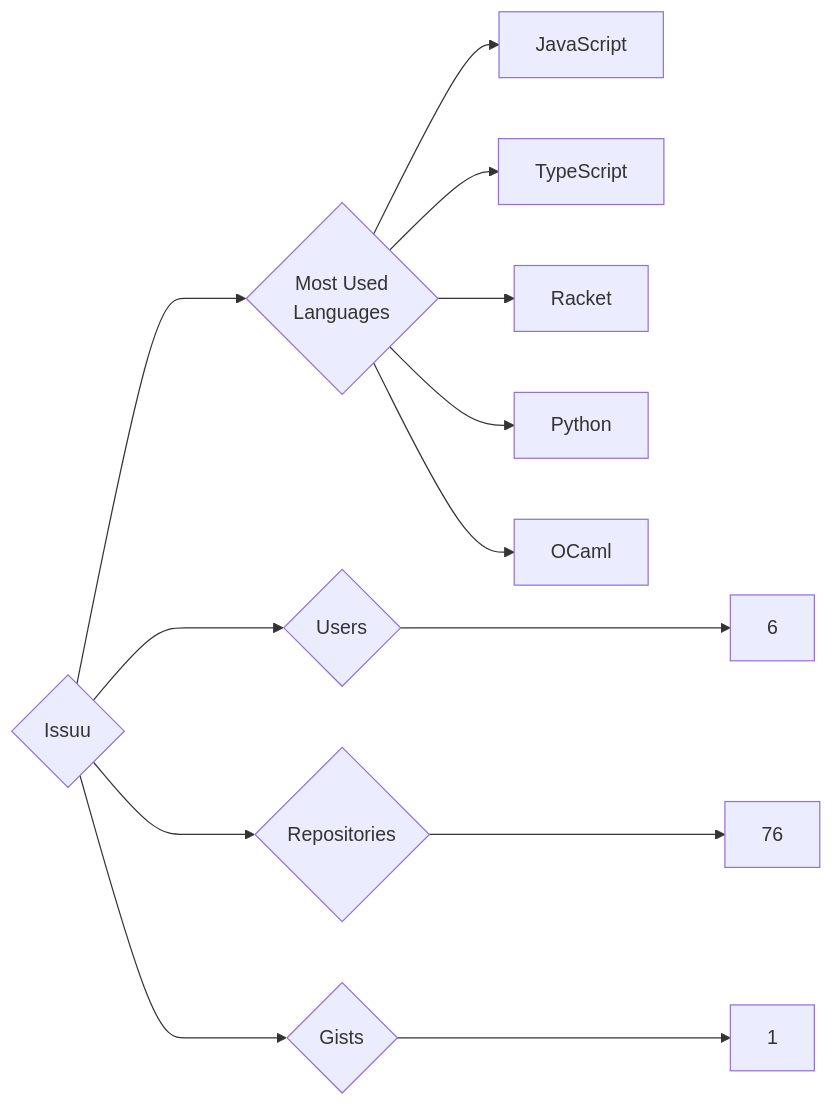
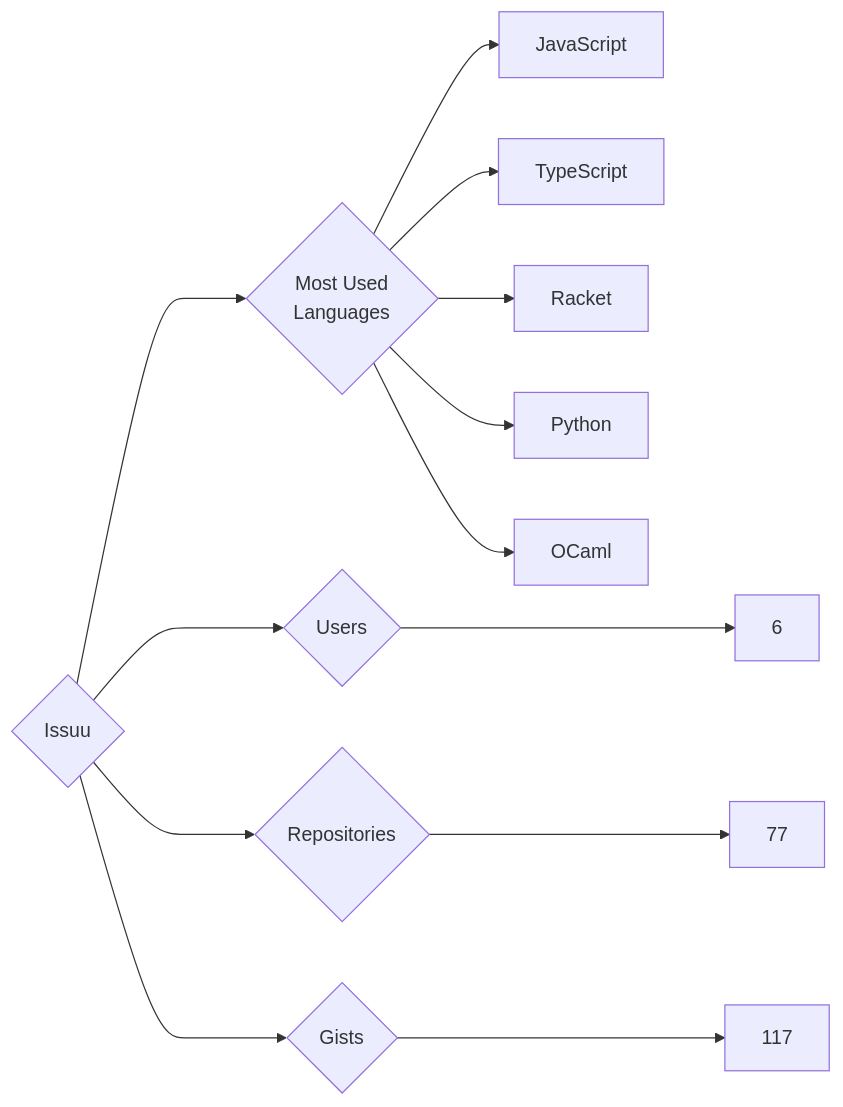
One commit to trickest/insiders changed the diagram in targets/Issuu/README.md. Above: the diagram before and after it, drawn with Mermaid. The commit also changed 873 other files, not shown here.

````diff
--- a/targets/Issuu/README.md
+++ b/targets/Issuu/README.md
@@ -3,13 +3,13 @@
 ```mermaid
 graph LR
 COMPANY_NAME{Issuu}
 COMPANY_NAME ---> U{Users} ---> UN[6]
-COMPANY_NAME ---> R{Repositories} ---> RN[76]
-COMPANY_NAME ---> G{Gists} ---> GN[1]
+COMPANY_NAME ---> R{Repositories} ---> RN[77]
+COMPANY_NAME ---> G{Gists} ---> GN[117]
 COMPANY_NAME ---> ML{Most Used<br>Languages}
 ML --> JavaScript[JavaScript]
 ML --> TypeScript[TypeScript]
 ML --> Racket[Racket]
 ML --> Python[Python]
 ML --> OCaml[OCaml]
 ```
````
